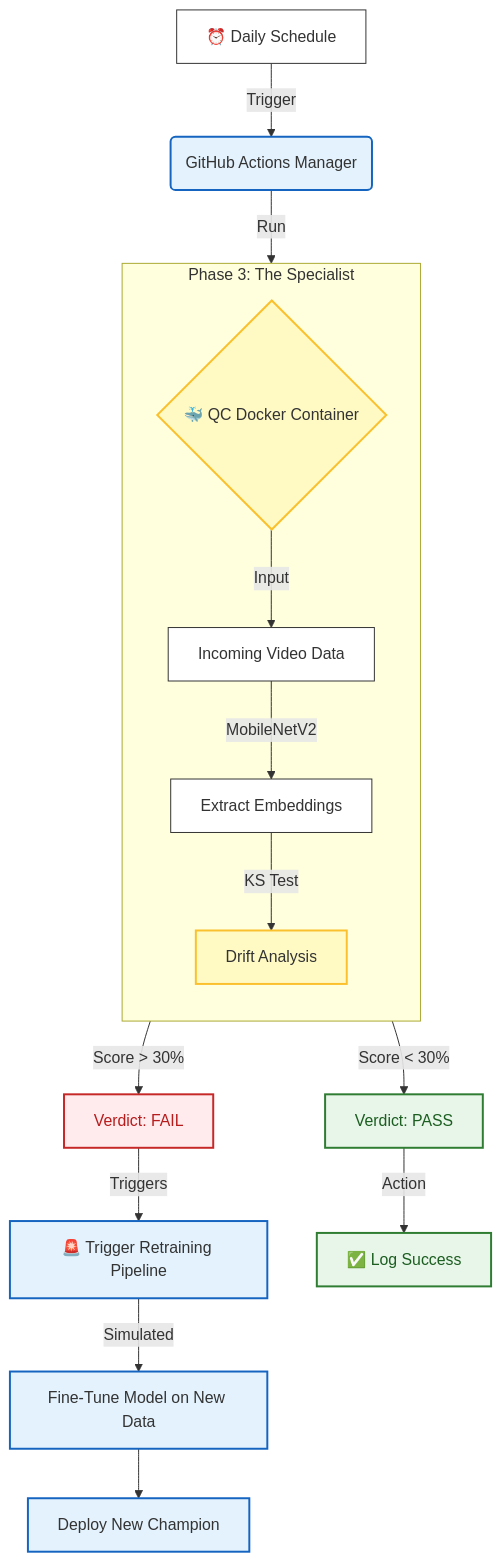
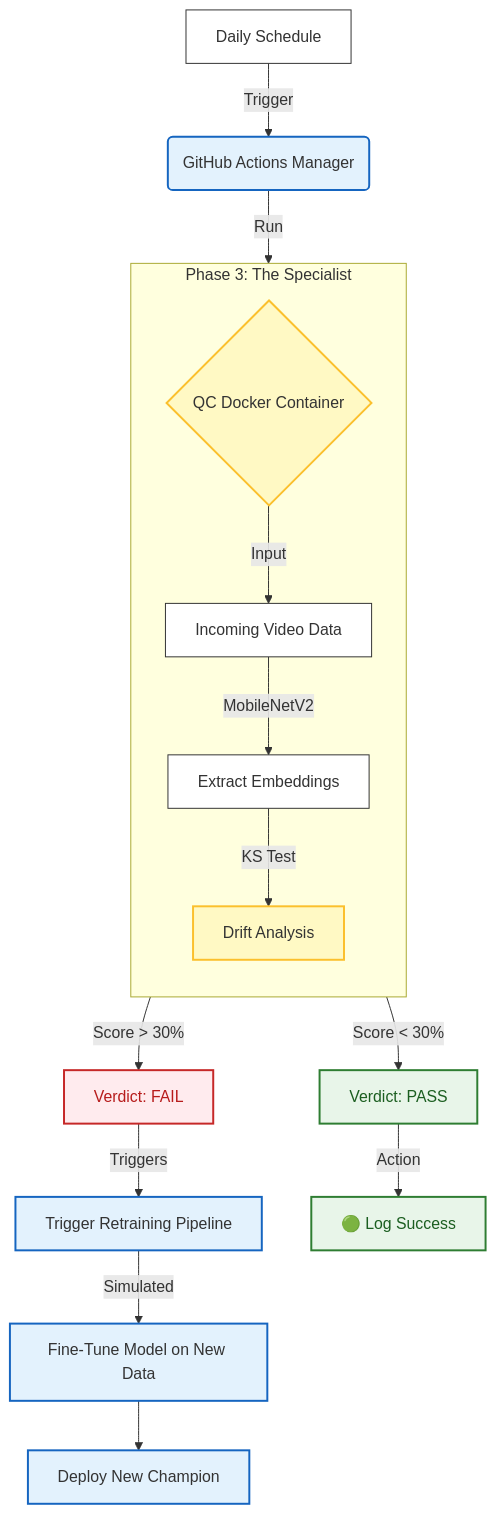
One commit to Kosher-T/sentinel changed the diagram in README.md. Above: the diagram before and after it, drawn with Mermaid. The commit also changed other lines of this file, not shown here.

````diff
--- a/README.md
+++ b/README.md
@@ -41,41 +41,41 @@
 ```mermaid
 graph TD
     %% --- Nodes ---
-    A["⏰ Daily Schedule"] -->|Trigger| B("GitHub Actions Manager")
+    A["Daily Schedule"] -->|Trigger| B("GitHub Actions Manager")
     
     %% Manager only has ONE action now: Run the container
     B -->|Run| C
     
     subgraph Phase3 ["Phase 3: The Specialist"]
         direction TB
-        C{"🐳 QC Docker Container"}
+        C{"QC Docker Container"}
         
         C -->|Input| D["Incoming Video Data"]
         D -->|"MobileNetV2"| E["Extract Embeddings"]
         E -->|"KS Test"| F["Drift Analysis"]
     end
     
     %% Logic flows out of Phase 3 directly to consequences
     F -->|"Score > 30%"| G["Verdict: FAIL"]
     F -->|"Score < 30%"| H["Verdict: PASS"]
     
     %% Direct sequential actions based on Verdict
-    G -->|"Triggers"| J["🚨 Trigger Retraining Pipeline"]
-    H -->|"Action"| K["✅ Log Success"]
+    G -->|"Triggers"| J["Trigger Retraining Pipeline"]
+    H -->|"Action"| K["🟢 Log Success"]
     
     J -->|Simulated| L["Fine-Tune Model on New Data"]
     L --> M["Deploy New Champion"]
 
     %% --- Styles ---
     classDef base fill:#fff,stroke:#333,stroke-width:1px
     classDef action fill:#e3f2fd,stroke:#1565c0,stroke-width:2px
     classDef success fill:#e8f5e9,stroke:#2e7d32,stroke-width:2px,color:#1b5e20
     classDef fail fill:#ffebee,stroke:#c62828,stroke-width:2px,color:#b71c1c
     classDef decision fill:#fff9c4,stroke:#fbc02d,stroke-width:2px
 
     class A,D,E base
     class B,J,L,M action
     class C,F decision
     class H,K success
     class G fail
 ```
````
